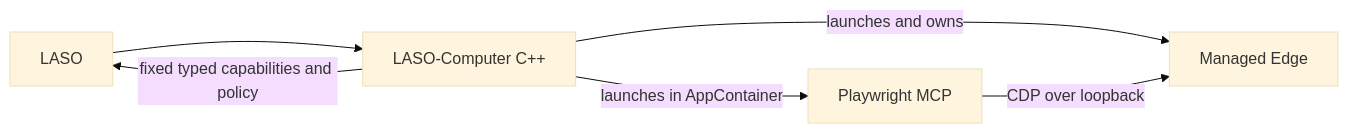
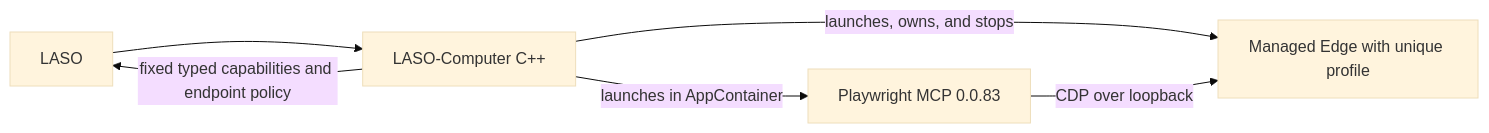
One commit to whiskywater/LASO-Computer changed the diagram in docs/playwright-provider.md. Above: the diagram before and after it, drawn with Mermaid (base theme). The commit also changed other lines of this file and 7 other files, not shown here.

````diff
--- a/docs/playwright-provider.md
+++ b/docs/playwright-provider.md
@@ -11,8 +7,8 @@
 ```mermaid
 flowchart LR
   L[LASO] --> C[LASO-Computer C++]
-  C -->|launches and owns| E[Managed Edge]
-  C -->|launches in AppContainer| M[Playwright MCP]
+  C -->|launches, owns, and stops| E[Managed Edge with unique profile]
+  C -->|launches in AppContainer| M[Playwright MCP 0.0.83]
   M -->|CDP over loopback| E
-  C -->|fixed typed capabilities and policy| L
+  C -->|fixed typed capabilities and endpoint policy| L
 ```
````
